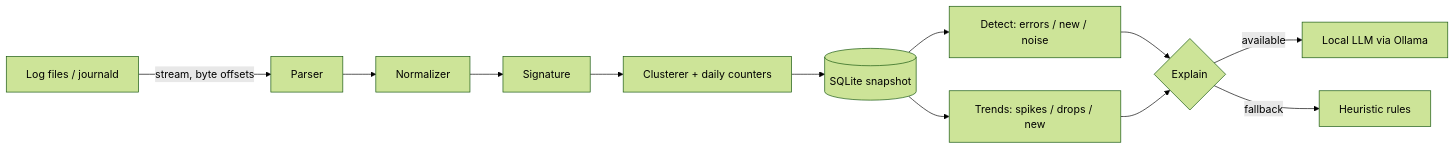
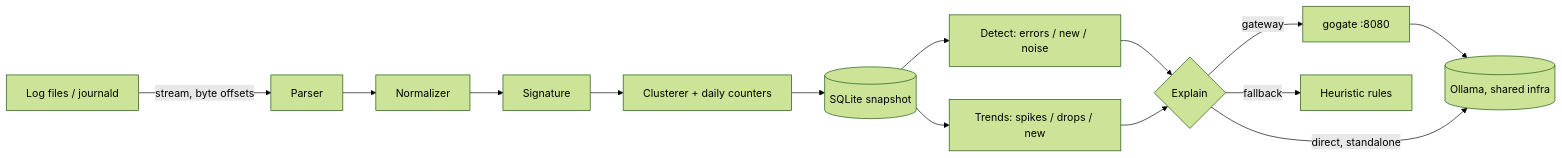
One commit to yugrinovD/lmlog changed the diagram in README.en.md. Above: the diagram before and after it, drawn with Mermaid (forest theme). The commit also changed other lines of this file and 22 other files, not shown here.

Commit message:
feat: add serve API and gogate gateway mode

````diff
--- a/README.en.md
+++ b/README.en.md
@@ -52,14 +55,16 @@
 ```mermaid
 flowchart LR
     A[Log files / journald] -->|stream, byte offsets| B[Parser]
     B --> C[Normalizer]
     C --> D[Signature]
     D --> E[Clusterer + daily counters]
     E --> F[(SQLite snapshot)]
     F --> G[Detect: errors / new / noise]
     F --> H[Trends: spikes / drops / new]
     G --> I{Explain}
     H --> I
-    I -->|available| J[Local LLM via Ollama]
+    I -->|gateway| J[gogate :8080]
+    J --> O[(Ollama, shared infra)]
+    I -->|direct, standalone| O
     I -->|fallback| K[Heuristic rules]
 ```
````
